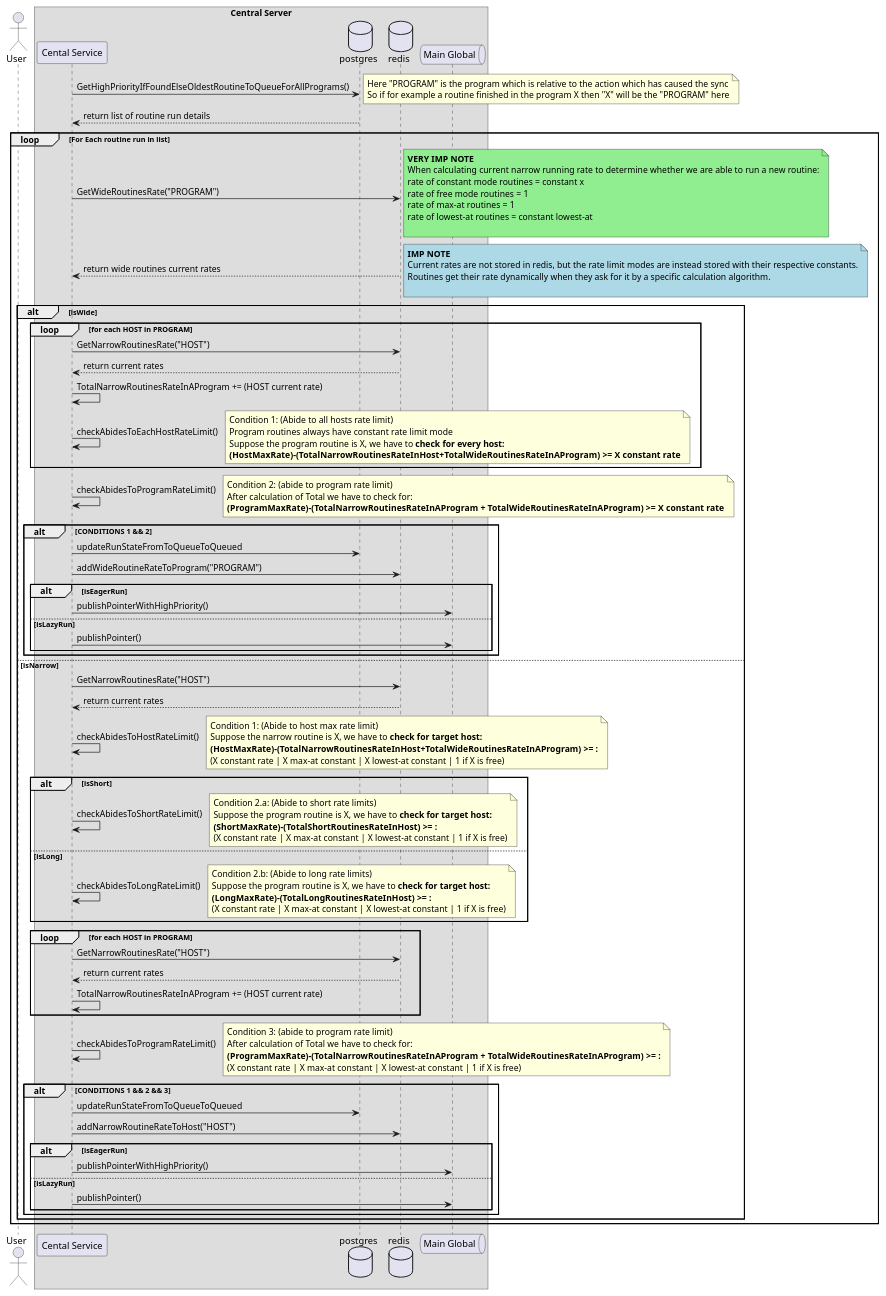
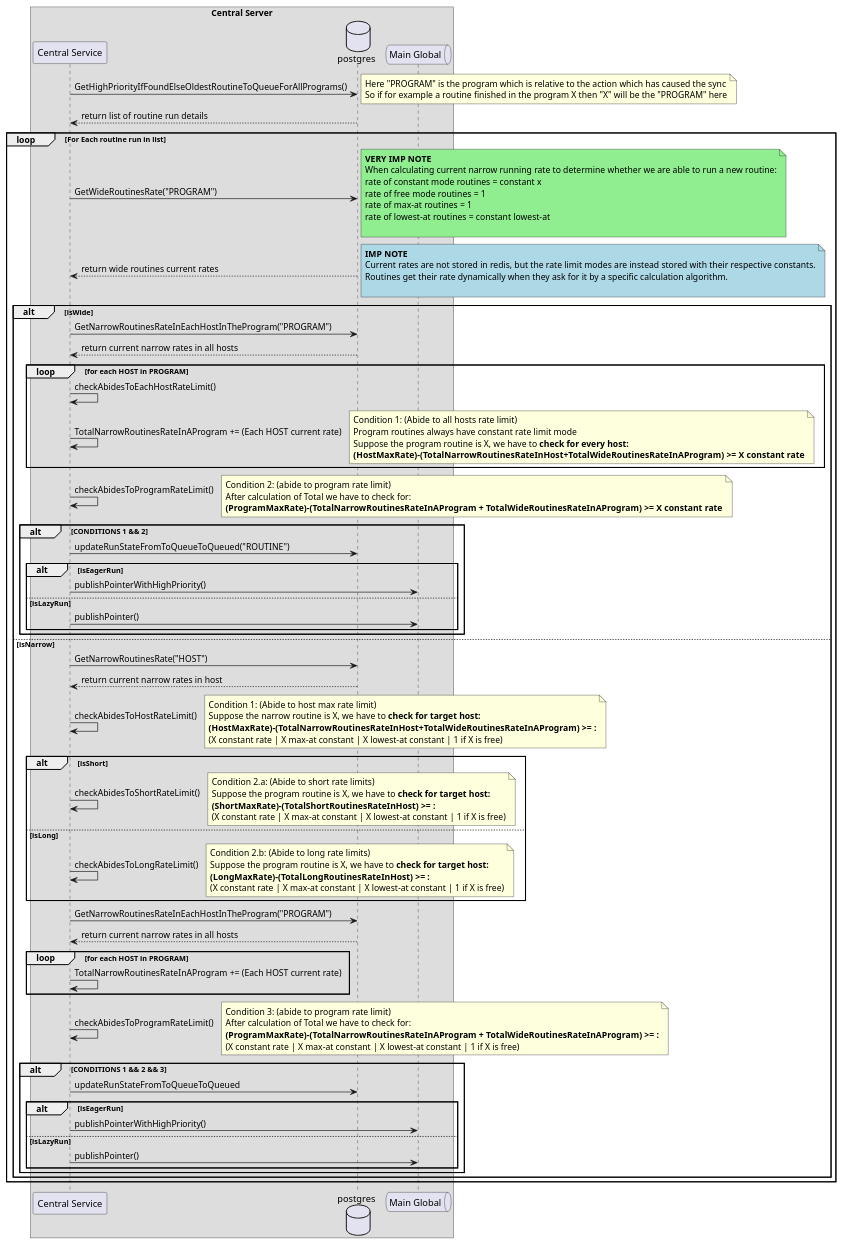
Before and after one commit to anovimous/automata: the diagram in plan/HLD/sequence-diagrams/sync-http-run-operations-periodic-check.puml, drawn with PlantUML. The commit also changed 1 other file, not shown here.

Commit message:
docs(routine-run-management): migrated from redis to postgres for storage of queued and running routine run rates and states

```diff
--- a/plan/HLD/sequence-diagrams/sync-http-run-operations-periodic-check.puml
+++ b/plan/HLD/sequence-diagrams/sync-http-run-operations-periodic-check.puml
@@ -2,123 +2,119 @@
 @startuml
-actor "User" as user
 box "Central Server"
-participant "Cental Service" as api
+participant "Central Service" as api
 database postgres
-database redis
 queue "Main Global" as mainq
 end box
 
 
 
 api -> postgres : GetHighPriorityIfFoundElseOldestRoutineToQueueForAllPrograms()
 note right
 Here "PROGRAM" is the program which is relative to the action which has caused the sync
 So if for example a routine finished in the program X then "X" will be the "PROGRAM" here
 end note
 postgres --> api: return list of routine run details
 
 loop For Each routine run in list
-api -> redis : GetWideRoutinesRate("PROGRAM")
+api -> postgres : GetWideRoutinesRate("PROGRAM")
 note right #LightGreen
 <b>VERY IMP NOTE
 When calculating current narrow running rate to determine whether we are able to run a new routine:
 rate of constant mode routines = constant x
 rate of free mode routines = 1
 rate of max-at routines = 1
 rate of lowest-at routines = constant lowest-at
 
 end note
-redis --> api : return wide routines current rates
+postgres --> api : return wide routines current rates
 note right #LightBlue
 <b>IMP NOTE
 Current rates are not stored in redis, but the rate limit modes are instead stored with their respective constants.
 Routines get their rate dynamically when they ask for it by a specific calculation algorithm.
 
 end note
 alt isWide
+api -> postgres : GetNarrowRoutinesRateInEachHostInTheProgram("PROGRAM")
+
+postgres --> api : return current narrow rates in all hosts
 loop for each HOST in PROGRAM
-api -> redis : GetNarrowRoutinesRate("HOST")
-
-redis --> api : return current rates
-api -> api: TotalNarrowRoutinesRateInAProgram += (HOST current rate)
 api -> api : checkAbidesToEachHostRateLimit()
+api -> api: TotalNarrowRoutinesRateInAProgram += (Each HOST current rate)
 note right
 Condition 1: (Abide to all hosts rate limit)
 Program routines always have constant rate limit mode
 Suppose the program routine is X, we have to <b>check for every host:
 <b>(HostMaxRate)-(TotalNarrowRoutinesRateInHost+TotalWideRoutinesRateInAProgram) >= X constant rate
 end note
 end
 api -> api : checkAbidesToProgramRateLimit()
 note right
 Condition 2: (abide to program rate limit)
 After calculation of Total we have to check for:
 <b>(ProgramMaxRate)-(TotalNarrowRoutinesRateInAProgram + TotalWideRoutinesRateInAProgram) >= X constant rate
 end note
 
 alt CONDITIONS 1 && 2
-api -> postgres: updateRunStateFromToQueueToQueued
-api -> redis : addWideRoutineRateToProgram("PROGRAM")
+api -> postgres: updateRunStateFromToQueueToQueued("ROUTINE")
 alt isEagerRun
 api -> mainq: publishPointerWithHighPriority()
 else isLazyRun
 api -> mainq: publishPointer()
 end
 
 end
 else isNarrow
-api -> redis : GetNarrowRoutinesRate("HOST")
+api -> postgres : GetNarrowRoutinesRate("HOST")
 
-redis --> api : return current rates
+postgres --> api : return current narrow rates in host
 
 api -> api : checkAbidesToHostRateLimit()
 note right
 Condition 1: (Abide to host max rate limit)
 Suppose the narrow routine is X, we have to <b>check for target host:
 <b>(HostMaxRate)-(TotalNarrowRoutinesRateInHost+TotalWideRoutinesRateInAProgram) >= :
 (X constant rate | X max-at constant | X lowest-at constant | 1 if X is free)
 end note
 alt isShort
 api -> api : checkAbidesToShortRateLimit()
 note right
 Condition 2.a: (Abide to short rate limits)
 Suppose the program routine is X, we have to <b>check for target host:
 <b>(ShortMaxRate)-(TotalShortRoutinesRateInHost) >= :
 (X constant rate | X max-at constant | X lowest-at constant | 1 if X is free)
 end note
 else isLong
 api -> api : checkAbidesToLongRateLimit()
 note right
 Condition 2.b: (Abide to long rate limits)
 Suppose the program routine is X, we have to <b>check for target host:
 <b>(LongMaxRate)-(TotalLongRoutinesRateInHost) >= :
 (X constant rate | X max-at constant | X lowest-at constant | 1 if X is free)
 end note
 end
+api -> postgres : GetNarrowRoutinesRateInEachHostInTheProgram("PROGRAM")
+postgres --> api : return current narrow rates in all hosts
 
 loop for each HOST in PROGRAM
-api -> redis : GetNarrowRoutinesRate("HOST")
-redis --> api : return current rates
-api -> api: TotalNarrowRoutinesRateInAProgram += (HOST current rate)
+api -> api: TotalNarrowRoutinesRateInAProgram += (Each HOST current rate)
 
 end
 api -> api : checkAbidesToProgramRateLimit()
 note right
 Condition 3: (abide to program rate limit)
 After calculation of Total we have to check for:
 <b>(ProgramMaxRate)-(TotalNarrowRoutinesRateInAProgram + TotalWideRoutinesRateInAProgram) >= :
 (X constant rate | X max-at constant | X lowest-at constant | 1 if X is free)
 end note
 alt CONDITIONS 1 && 2 && 3
 
 api -> postgres: updateRunStateFromToQueueToQueued
-api -> redis : addNarrowRoutineRateToHost("HOST")
 alt isEagerRun
 api -> mainq: publishPointerWithHighPriority()
 else isLazyRun
 api -> mainq: publishPointer()
 end
 end
 end
 end
 @enduml
```
